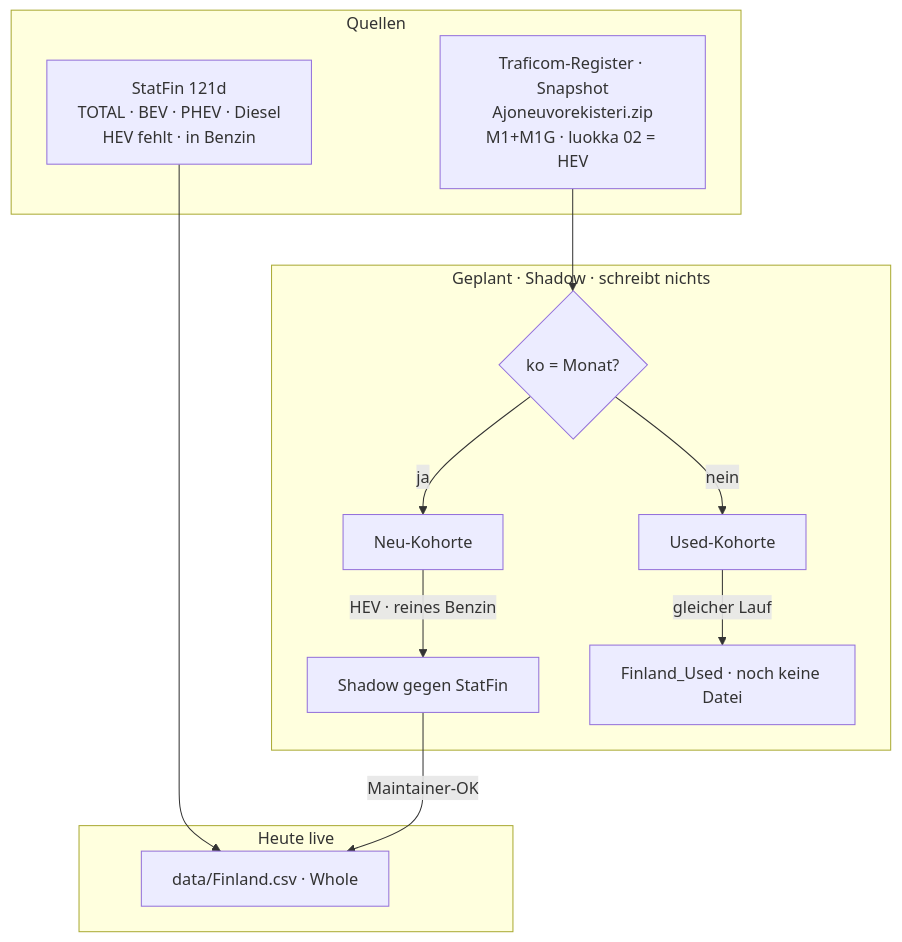
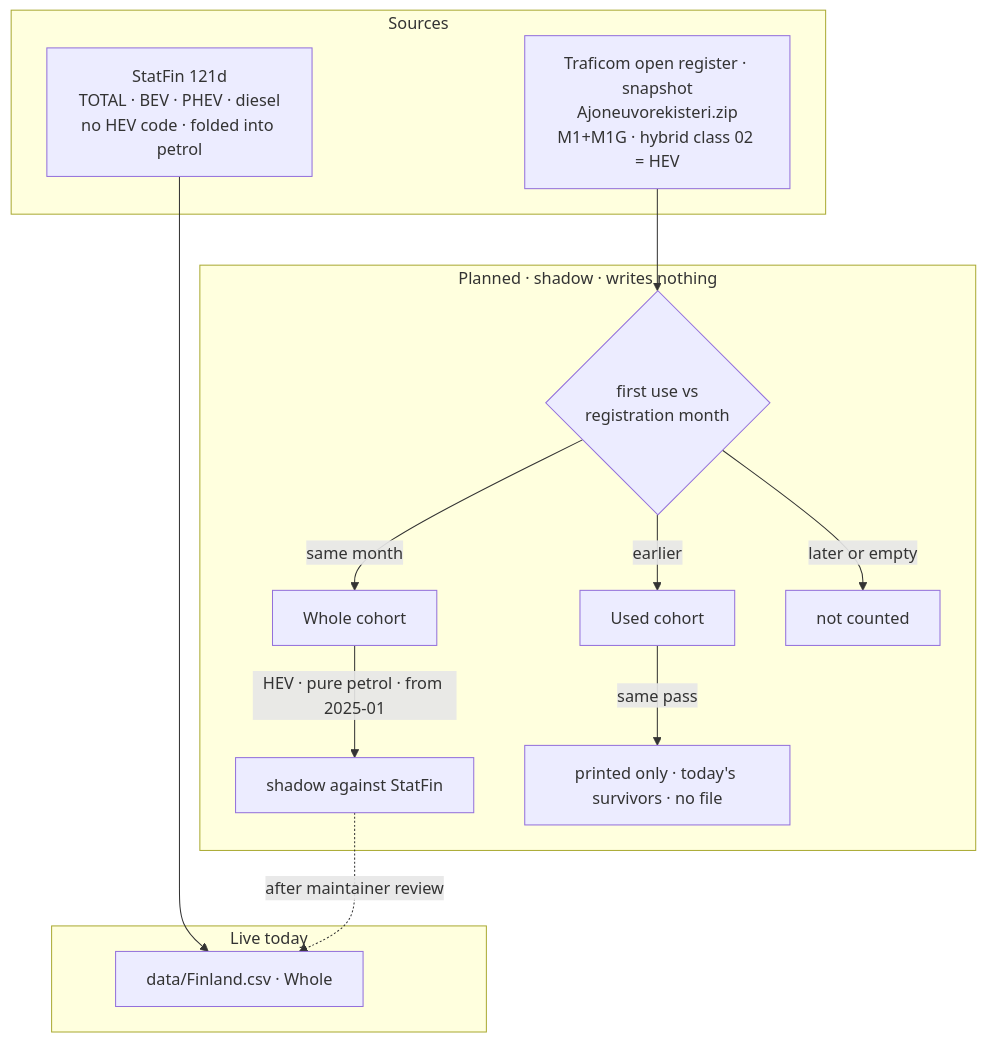
One commit to LeRaffl/LeRaffl-Gallery changed the first of 2 diagrams in docs/architecture/12-source-finland.md. Above: the diagram before and after it, drawn with Mermaid. The commit also changed other lines of this file and 2 other files, not shown here.

Commit message:
docs(fi): English diagram, name the snapshot and both modes
The shadow section's flowchart was in German inside an English page and
drew Used as a future Finland_Used file; Used is printed only (today's
survivors). It now also shows the "later or empty first use" branch the
code skips. The section names where Ajoneuvorekisteri.zip comes from and
the --shadow-window mode, and says the pre-2025 quarterly ACEA HEV cell
is flagged in notes (invariant 6). The petrol label no longer claims
Traficom has no hybrid code: the open register does.

CLI: --snapshot is required and the two modes are one exclusive group.
Tests: an end-to-end pass through a synthetic zip pins the 2025-01 gate
and that nothing is written.

Claude-Session: https://claude.ai/code/session_01ULcYiS3SZDrc5KzP6Gehza

````diff
--- a/docs/architecture/12-source-finland.md
+++ b/docs/architecture/12-source-finland.md
@@ -251,18 +255,19 @@
 ```mermaid
 flowchart TB
-    subgraph Q["Quellen"]
-        TRA["Traficom-Register · Snapshot<br/>Ajoneuvorekisteri.zip<br/>M1+M1G · luokka 02 = HEV"]
-        SF["StatFin 121d<br/>TOTAL · BEV · PHEV · Diesel<br/>HEV fehlt · in Benzin"]
+    subgraph SRC["Sources"]
+        TRA["Traficom open register · snapshot<br/>Ajoneuvorekisteri.zip<br/>M1+M1G · hybrid class 02 = HEV"]
+        SF["StatFin 121d<br/>TOTAL · BEV · PHEV · diesel<br/>no HEV code · folded into petrol"]
     end
-    subgraph LIVE["Heute live"]
+    subgraph LIVE["Live today"]
         SF --> FCSV["data/Finland.csv · Whole"]
     end
-    subgraph PLAN["Geplant · Shadow · schreibt nichts"]
-        TRA --> SPLIT{"ko = Monat?"}
-        SPLIT -->|ja| NEU["Neu-Kohorte"]
-        SPLIT -->|nein| US["Used-Kohorte"]
-        NEU -->|HEV · reines Benzin| SH["Shadow gegen StatFin"]
-        SH -->|Maintainer-OK| FCSV
-        US -->|gleicher Lauf| FUV["Finland_Used · noch keine Datei"]
+    subgraph PLAN["Planned · shadow · writes nothing"]
+        TRA --> SPLIT{"first use vs<br/>registration month"}
+        SPLIT -->|same month| NEW["Whole cohort"]
+        SPLIT -->|earlier| US["Used cohort"]
+        SPLIT -->|later or empty| SKIP["not counted"]
+        NEW -->|"HEV · pure petrol · from 2025-01"| SH["shadow against StatFin"]
+        SH -.->|"after maintainer review"| FCSV
+        US -->|"same pass"| PR["printed only · today's survivors · no file"]
     end
 ```
````
